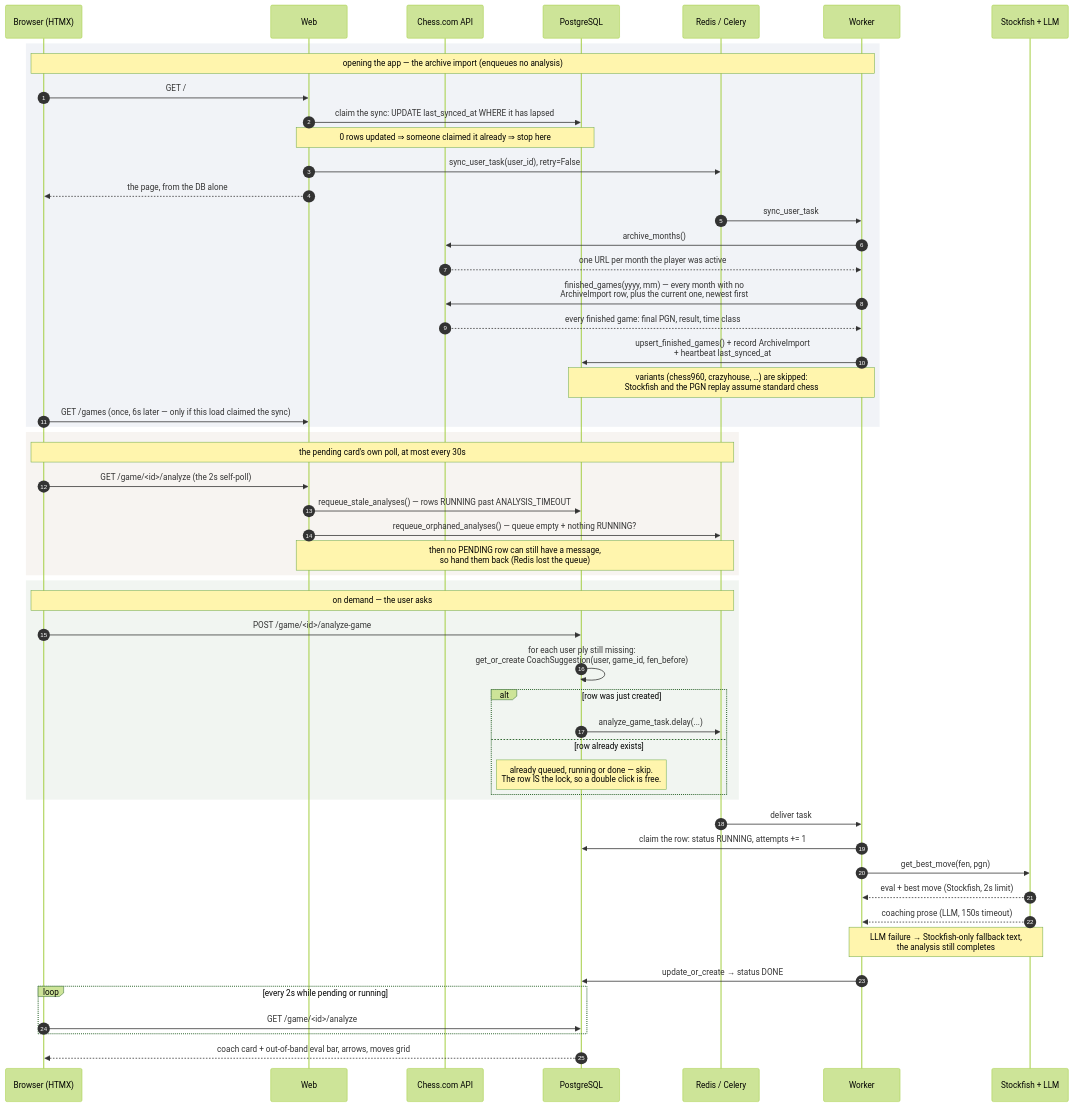
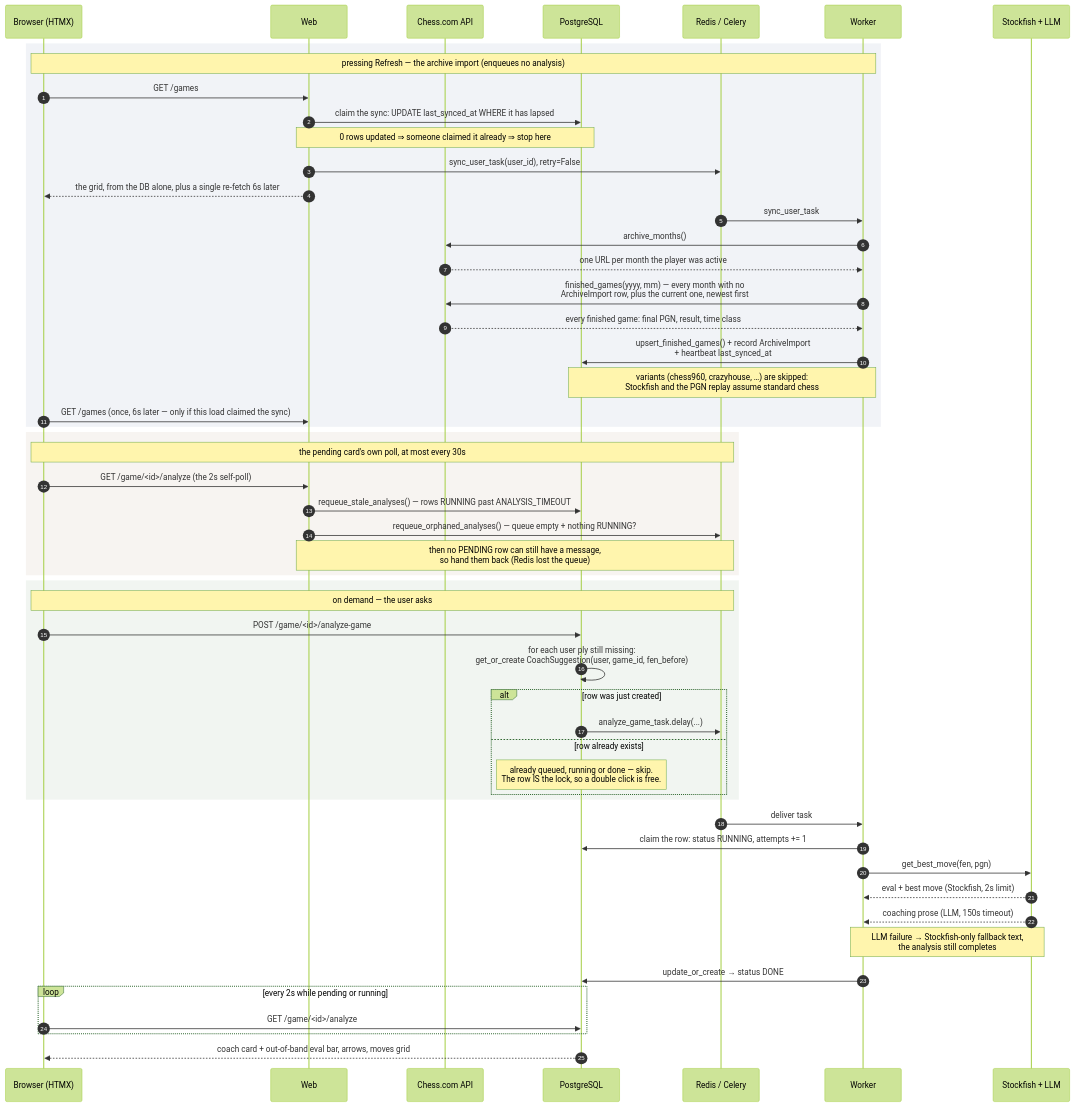
Before and after one commit to gab-25/chessdotcom_ai_coach: the second of 2 diagrams in docs/architecture.md, drawn with Mermaid (forest theme). The commit also changed other lines of this file and 16 other files, not shown here.

````diff
--- a/docs/architecture.md
+++ b/docs/architecture.md
@@ -94,60 +95,60 @@
 ```mermaid
 sequenceDiagram
     autonumber
     participant B as Browser (HTMX)
     participant Web as Web
     participant C as Chess.com API
     participant DB as PostgreSQL
     participant Q as Redis / Celery
     participant W as Worker
     participant E as Stockfish + LLM
 
     rect rgba(120,140,180,0.10)
-    Note over B,W: opening the app — the archive import (enqueues no analysis)
-    B->>Web: GET /
+    Note over B,W: pressing Refresh — the archive import (enqueues no analysis)
+    B->>Web: GET /games
     Web->>DB: claim the sync: UPDATE last_synced_at WHERE it has lapsed
     Note over Web,DB: 0 rows updated ⇒ someone claimed it already ⇒ stop here
     Web->>Q: sync_user_task(user_id), retry=False
-    Web-->>B: the page, from the DB alone
+    Web-->>B: the grid, from the DB alone, plus a single re-fetch 6s later
     Q->>W: sync_user_task
     W->>C: archive_months()
     C-->>W: one URL per month the player was active
     W->>C: finished_games(yyyy, mm) — every month with no<br/>ArchiveImport row, plus the current one, newest first
     C-->>W: every finished game: final PGN, result, time class
     W->>DB: upsert_finished_games() + record ArchiveImport<br/>+ heartbeat last_synced_at
     Note over W,DB: variants (chess960, crazyhouse, …) are skipped:<br/>Stockfish and the PGN replay assume standard chess
     B->>Web: GET /games (once, 6s later — only if this load claimed the sync)
     end
 
     rect rgba(180,150,120,0.10)
     Note over B,Q: the pending card's own poll, at most every 30s
     B->>Web: GET /game/<id>/analyze (the 2s self-poll)
     Web->>DB: requeue_stale_analyses() — rows RUNNING past ANALYSIS_TIMEOUT
     Web->>Q: requeue_orphaned_analyses() — queue empty + nothing RUNNING?
     Note over Web,Q: then no PENDING row can still have a message,<br/>so hand them back (Redis lost the queue)
     end
 
     rect rgba(120,160,120,0.10)
     Note over B,Q: on demand — the user asks
     B->>DB: POST /game/<id>/analyze-game
     DB->>DB: for each user ply still missing:<br/>get_or_create CoachSuggestion(user, game_id, fen_before)
     alt row was just created
         DB->>Q: analyze_game_task.delay(...)
     else row already exists
         Note over DB: already queued, running or done — skip.<br/>The row IS the lock, so a double click is free.
     end
     end
 
     Q->>W: deliver task
     W->>DB: claim the row: status RUNNING, attempts += 1
     W->>E: get_best_move(fen, pgn)
     E-->>W: eval + best move (Stockfish, 2s limit)
     E-->>W: coaching prose (LLM, 150s timeout)
     Note over W,E: LLM failure → Stockfish-only fallback text,<br/>the analysis still completes
     W->>DB: update_or_create → status DONE
 
     loop every 2s while pending or running
         B->>DB: GET /game/<id>/analyze
     end
     DB-->>B: coach card + out-of-band eval bar, arrows, moves grid
 ```
````
